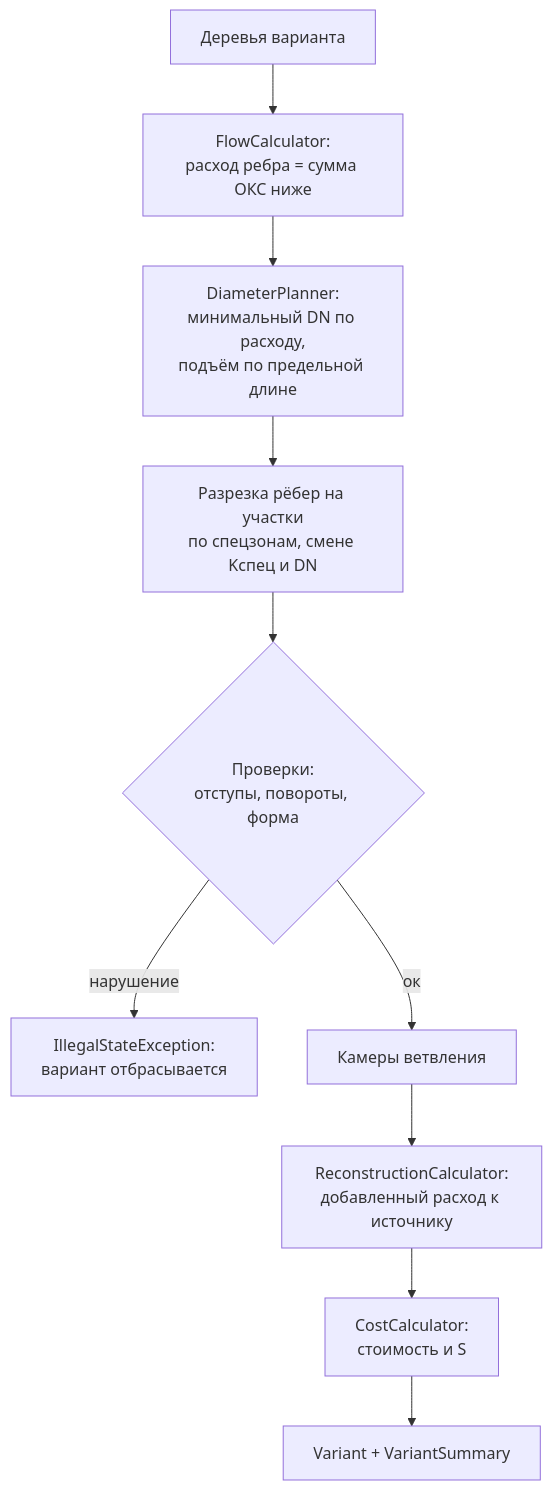
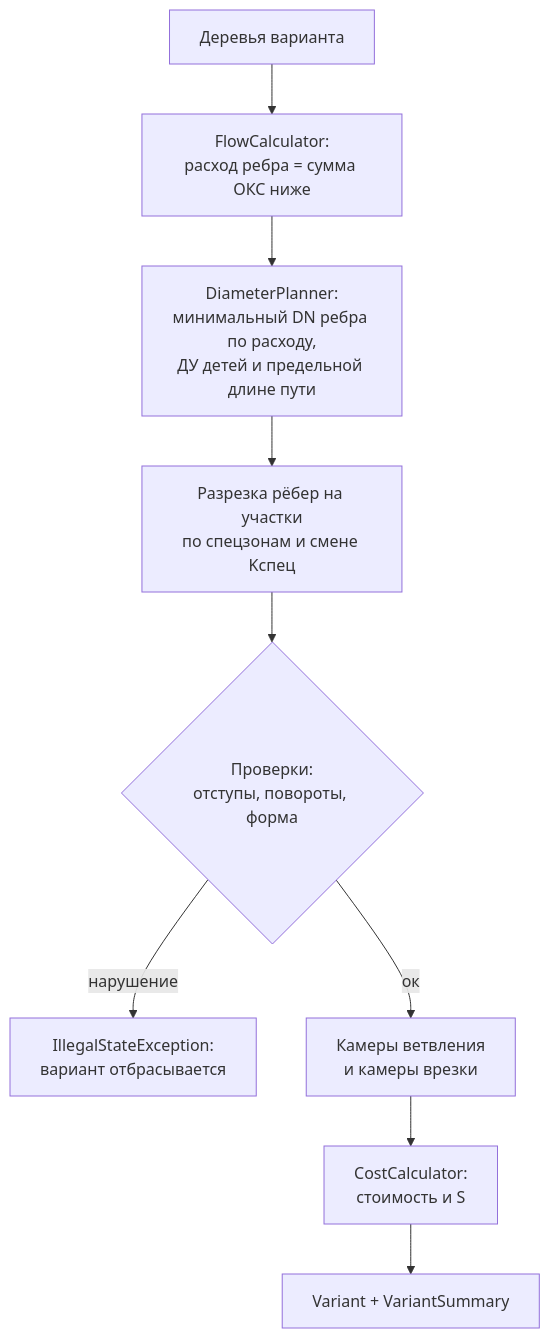
Before and after one commit to NewaccOOO/LCT: the fifth of 6 diagrams in architecture/ARCHITECTURE.md, drawn with Mermaid. The commit also changed other lines of this file and 72 other files, not shown here.

````diff
--- a/architecture/ARCHITECTURE.md
+++ b/architecture/ARCHITECTURE.md
@@ -281,12 +276,11 @@
 ```mermaid
 flowchart TD
     trees[Деревья варианта] --> flows[FlowCalculator:<br/>расход ребра = сумма ОКС ниже]
-    flows --> dn[DiameterPlanner:<br/>минимальный DN по расходу,<br/>подъём по предельной длине]
-    dn --> cut[Разрезка рёбер на участки<br/>по спецзонам, смене Kспец и DN]
+    flows --> dn[DiameterPlanner:<br/>минимальный DN ребра по расходу,<br/>ДУ детей и предельной длине пути]
+    dn --> cut[Разрезка рёбер на участки<br/>по спецзонам и смене Kспец]
     cut --> checks{Проверки:<br/>отступы, повороты, форма}
     checks -->|нарушение| reject[IllegalStateException:<br/>вариант отбрасывается]
-    checks -->|ок| chambers[Камеры ветвления]
-    chambers --> recon[ReconstructionCalculator:<br/>добавленный расход к источнику]
-    recon --> cost[CostCalculator:<br/>стоимость и S]
+    checks -->|ок| chambers[Камеры ветвления<br/>и камеры врезки]
+    chambers --> cost[CostCalculator:<br/>стоимость и S]
     cost --> variant[Variant + VariantSummary]
 ```
````
